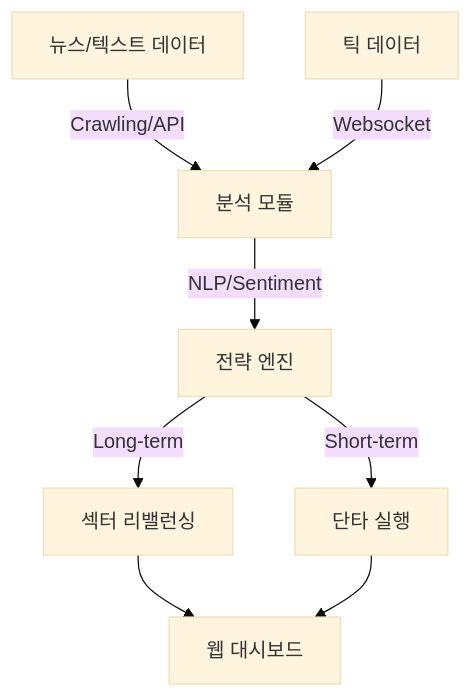
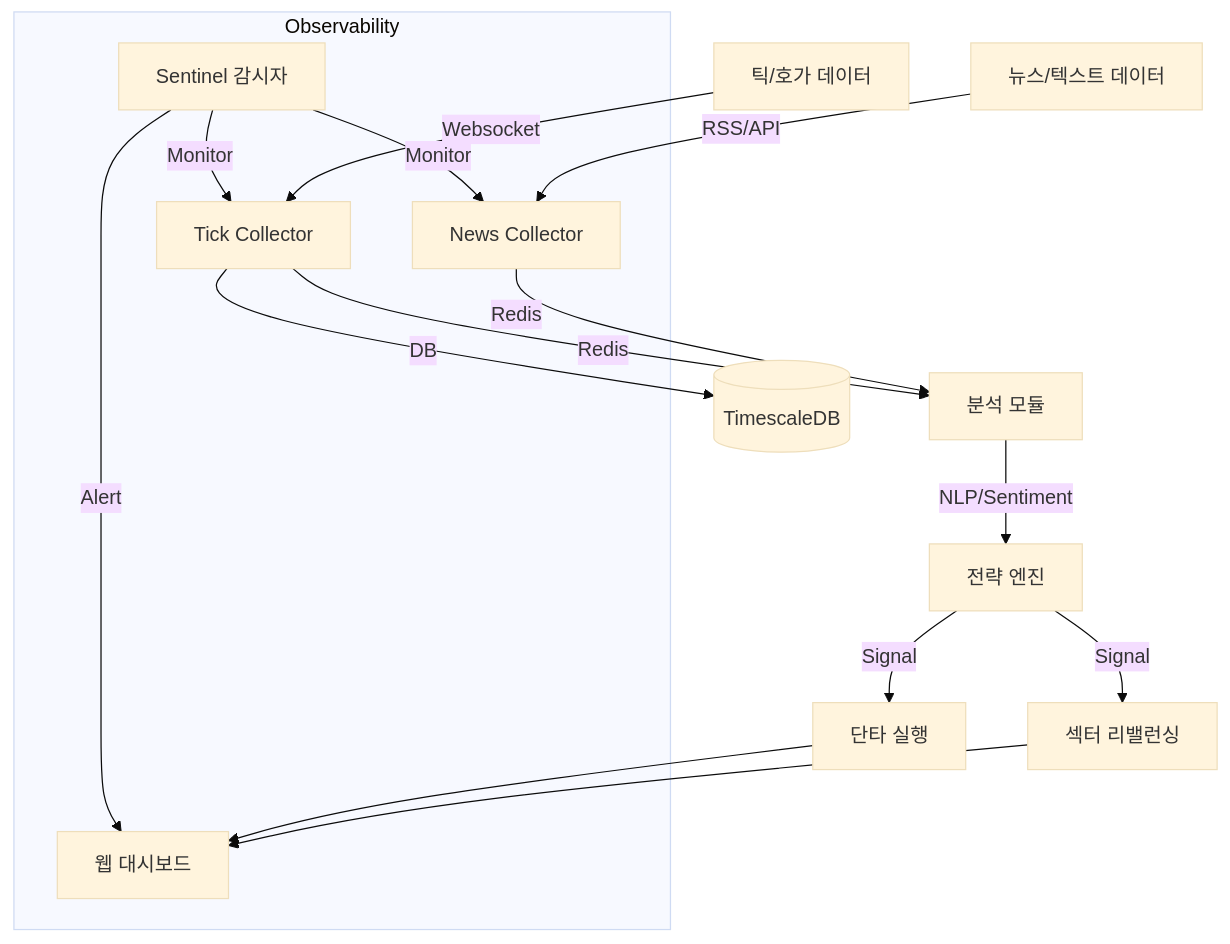
The diagram in docs/project_context.md (Johnssonslotion/stock_monitoring), drawn with Mermaid (base theme) before and after one commit. The commit also changed other lines of this file and 16 other files, not shown here.

````diff
--- a/docs/project_context.md
+++ b/docs/project_context.md
@@ -36,10 +36,21 @@
 ```mermaid
 graph TD
-    News[뉴스/텍스트 데이터] -->|Crawling/API| Analysis[분석 모듈]
-    Tick[틱 데이터] -->|Websocket| Analysis
+    News[뉴스/텍스트 데이터] -->|RSS/API| NewsCol[News Collector]
+    NewsCol -->|Redis| Analysis[분석 모듈]
+    Tick[틱/호가 데이터] -->|Websocket| TickCol[Tick Collector]
+    TickCol -->|Redis| Analysis
+    TickCol -->|DB| TimescaleDB[(TimescaleDB)]
+    
     Analysis -->|NLP/Sentiment| Strategy[전략 엔진]
-    Strategy -->|Long-term| Rebalance[섹터 리밸런싱]
-    Strategy -->|Short-term| Scalping[단타 실행]
+    Strategy -->|Signal| Rebalance[섹터 리밸런싱]
+    Strategy -->|Signal| Scalping[단타 실행]
+    
     Rebalance --> Web[웹 대시보드]
     Scalping --> Web
+    
+    subgraph Observability
+        Sentinel[Sentinel 감시자] -->|Monitor| TickCol
+        Sentinel -->|Monitor| NewsCol
+        Sentinel -->|Alert| Web
+    end
 ```
````
